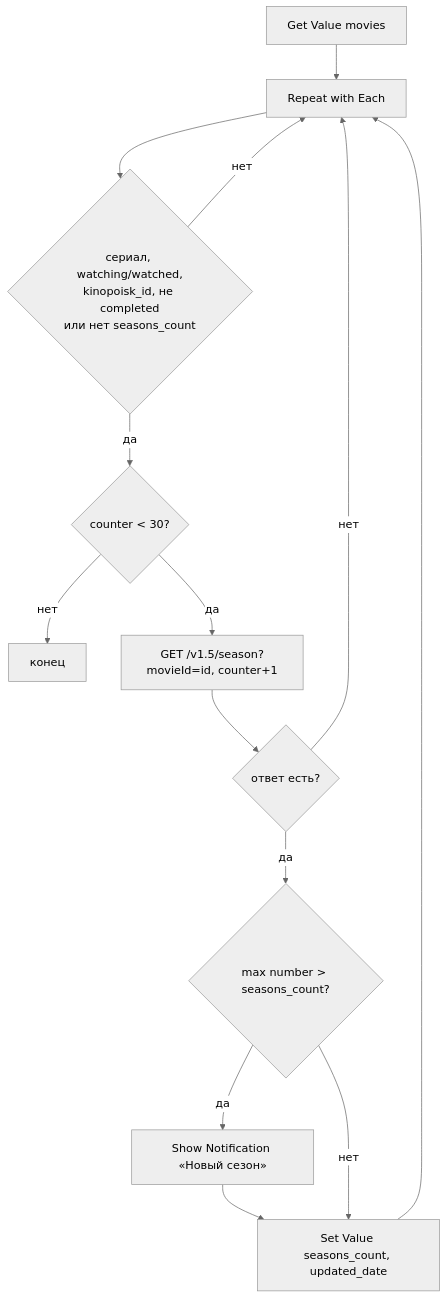
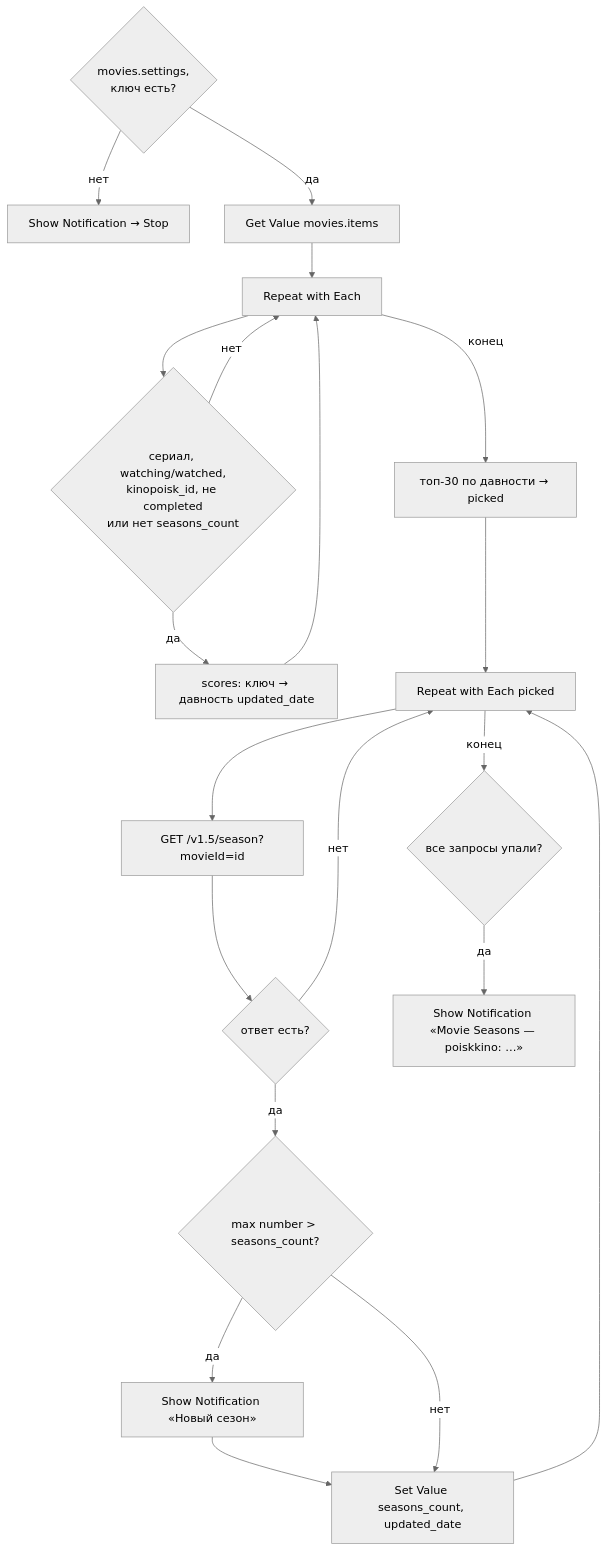
Before and after one commit to Gamspi/movie_gallery: the diagram in seasons/README.md, drawn with Mermaid (neutral theme). The commit also changed other lines of this file and 10 other files, not shown here.

````diff
--- a/seasons/README.md
+++ b/seasons/README.md
@@ -17,15 +17,21 @@
 ```mermaid
 flowchart TD
-    G[Get Value movies] --> R[Repeat with Each]
+    S{movies.settings,<br/>ключ есть?} -->|нет| Stop[Show Notification → Stop]
+    S -->|да| G[Get Value movies.items]
+    G --> R[Repeat with Each]
     R --> F{сериал, watching/watched,<br/>kinopoisk_id, не completed<br/>или нет seasons_count}
     F -->|нет| R
-    F -->|да| Cap{counter < 30?}
-    Cap -->|нет| End[конец]
-    Cap -->|да| Req[GET /v1.5/season?movieId=id, counter+1]
+    F -->|да| Sc[scores: ключ → давность updated_date]
+    Sc --> R
+    R -->|конец| Top[топ-30 по давности → picked]
+    Top --> P[Repeat with Each picked]
+    P --> Req[GET /v1.5/season?movieId=id]
     Req --> Ok{ответ есть?}
-    Ok -->|нет| R
+    Ok -->|нет| P
     Ok -->|да| N{max number > seasons_count?}
     N -->|да| Notif[Show Notification «Новый сезон»] --> Upd
     N -->|нет| Upd[Set Value seasons_count, updated_date]
-    Upd --> R
+    Upd --> P
+    P -->|конец| E{все запросы упали?}
+    E -->|да| Err[Show Notification «Movie Seasons — poiskkino: …»]
 ```
````
